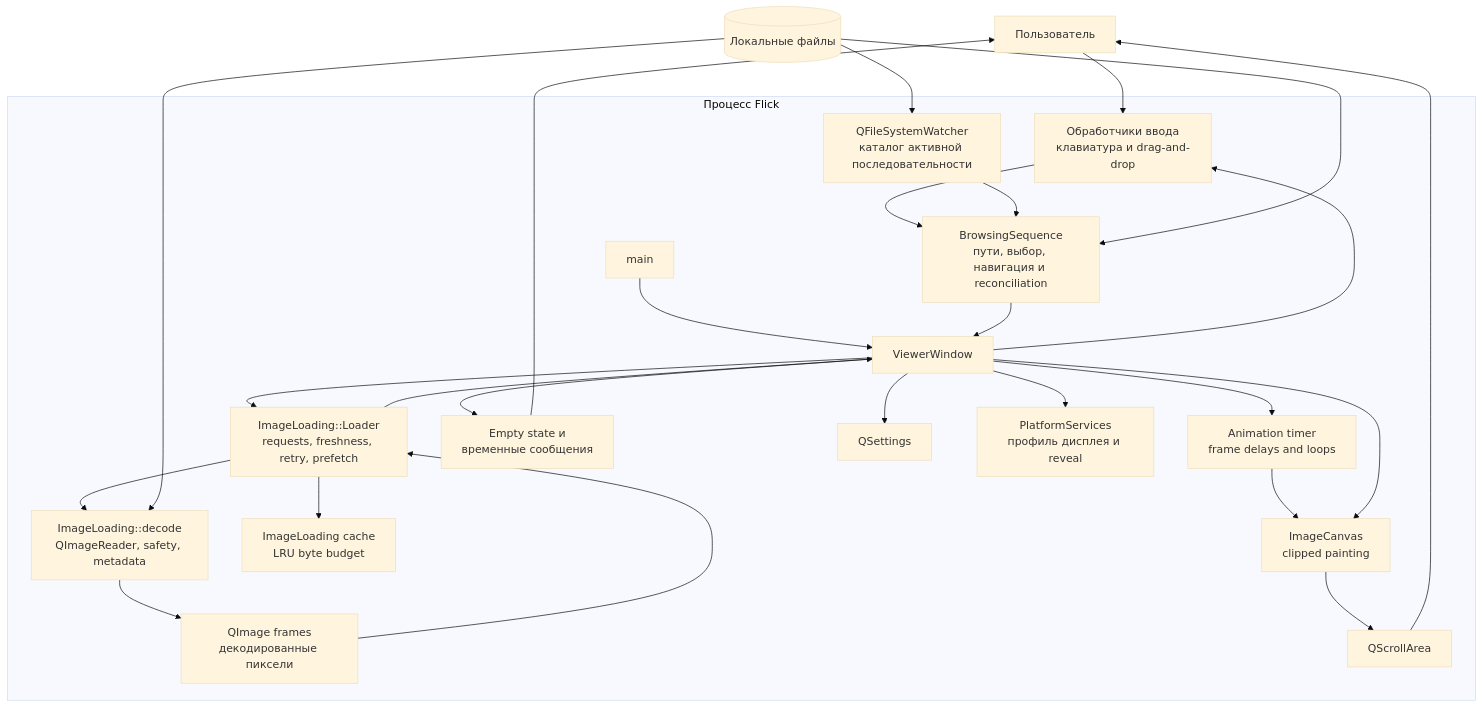
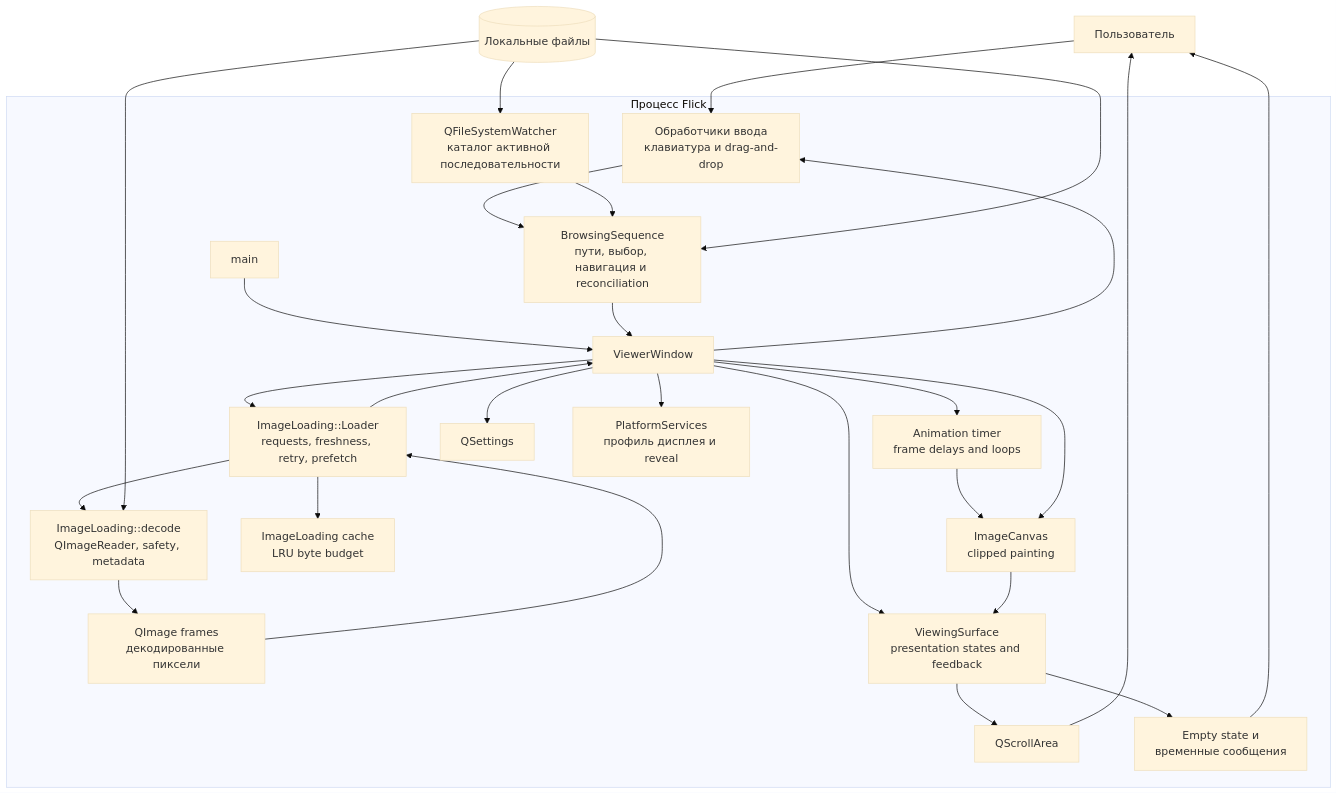
The first of 4 diagrams in docs/architecture.md (Lannselot/Flick), drawn with Mermaid (base theme) before and after one commit. The commit also changed other lines of this file and 23 other files, not shown here.

````diff
--- a/docs/architecture.md
+++ b/docs/architecture.md
@@ -9,48 +9,51 @@
 ```mermaid
 flowchart TB
     User[Пользователь]
 
     subgraph Flick[Процесс Flick]
         Main[main]
         Window[ViewerWindow]
         Input[Обработчики ввода<br/>клавиатура и drag-and-drop]
         Sequence[BrowsingSequence<br/>пути, выбор, навигация и reconciliation]
         Watcher[QFileSystemWatcher<br/>каталог активной последовательности]
         Loading[ImageLoading::Loader<br/>requests, freshness, retry, prefetch]
         Decode[ImageLoading::decode<br/>QImageReader, safety, metadata]
         Cache[ImageLoading cache<br/>LRU byte budget]
         Image[QImage frames<br/>декодированные пиксели]
         Animation[Animation timer<br/>frame delays and loops]
         Canvas[ImageCanvas<br/>clipped painting]
+        Surface[ViewingSurface<br/>presentation states and feedback]
         Viewport[QScrollArea]
         Feedback[Empty state и<br/>временные сообщения]
         Settings[QSettings]
         Platform[PlatformServices<br/>профиль дисплея и reveal]
 
         Main --> Window
         Window --> Input
         Input --> Sequence
         Watcher --> Sequence
         Window --> Loading
         Sequence --> Window
         Loading --> Decode
         Decode --> Image
         Image --> Loading
         Loading --> Cache
         Loading --> Window
         Window --> Animation
         Animation --> Canvas
         Window --> Canvas
-        Canvas --> Viewport
-        Window --> Feedback
+        Window --> Surface
+        Canvas --> Surface
+        Surface --> Viewport
+        Surface --> Feedback
         Window --> Settings
         Window --> Platform
     end
 
     Files[(Локальные файлы)] --> Sequence
     Files --> Watcher
     Files --> Decode
     User --> Input
     Viewport --> User
     Feedback --> User
 ```
````
